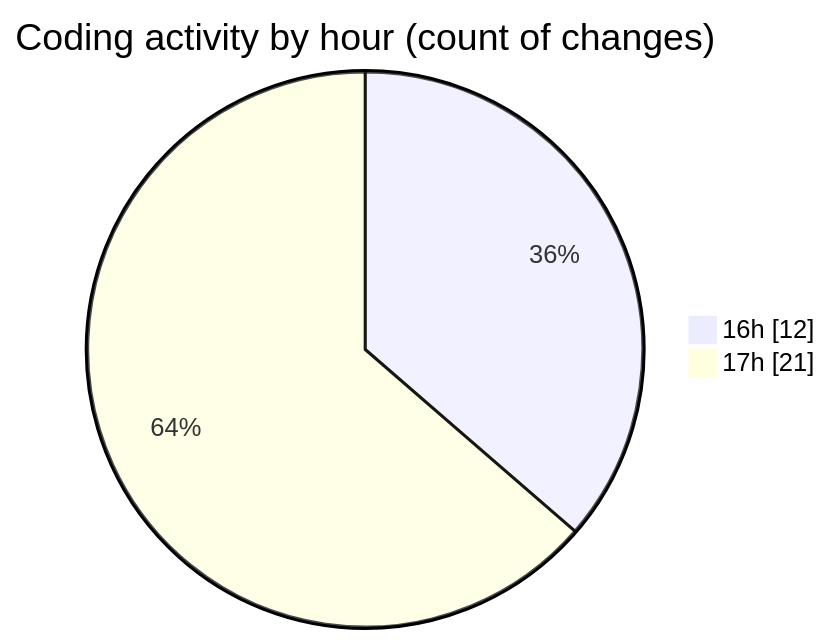
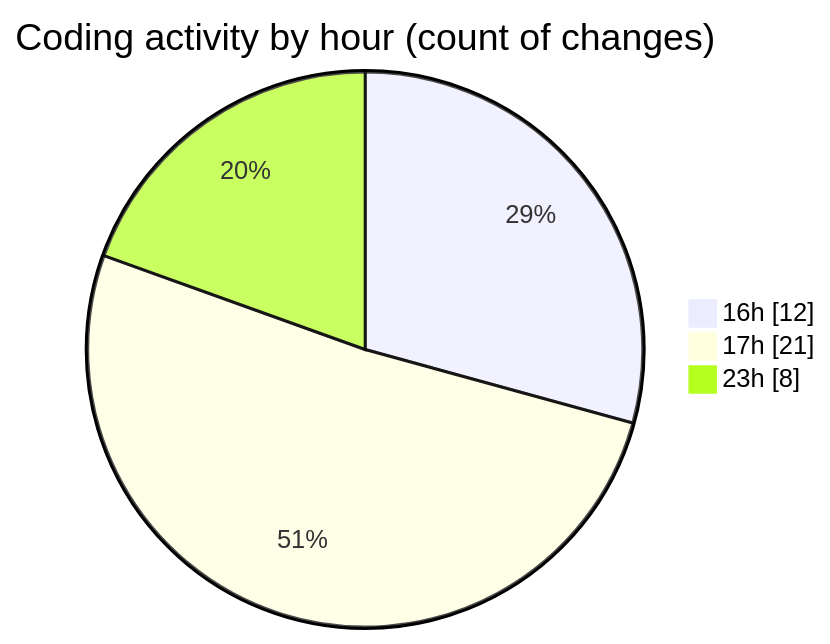
The second of 2 diagrams in 2025-08-05/tw-server/README.md (EIIisD/code-tracking), drawn with Mermaid before and after one commit. The commit also changed other lines of this file and 1 other file, not shown here.

````diff
--- a/2025-08-05/tw-server/README.md
+++ b/2025-08-05/tw-server/README.md
@@ -38,6 +41,7 @@
 ```mermaid
 pie showData
 title Coding activity by hour (count of changes)
 "16h" : 12
 "17h" : 21
+"23h" : 8
 ```
````
